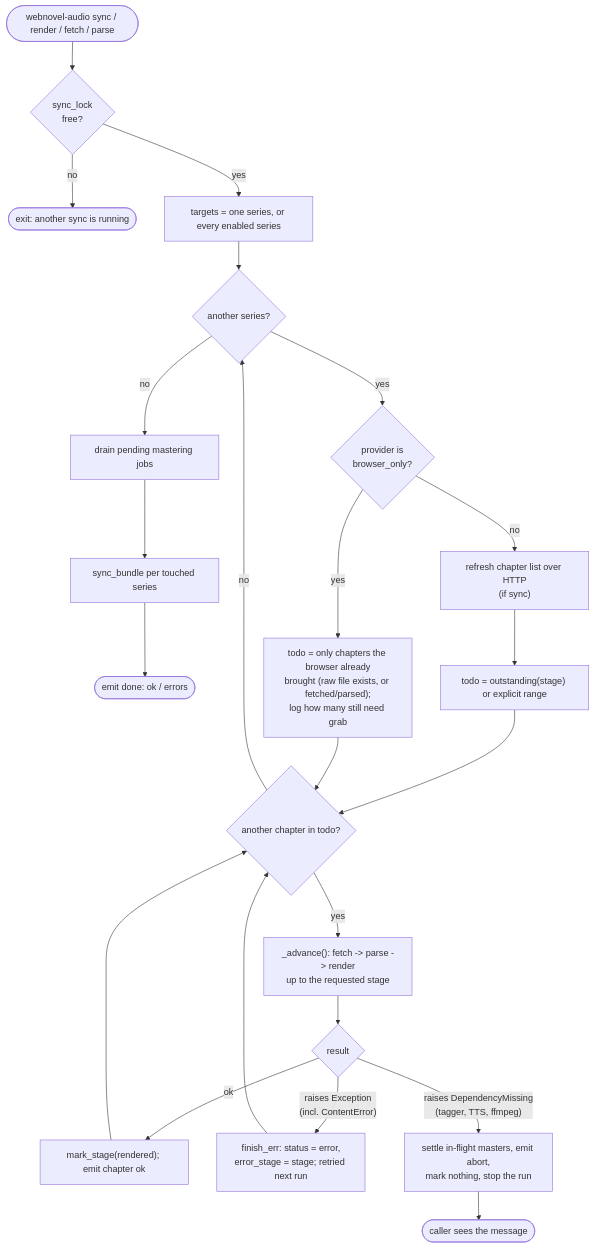
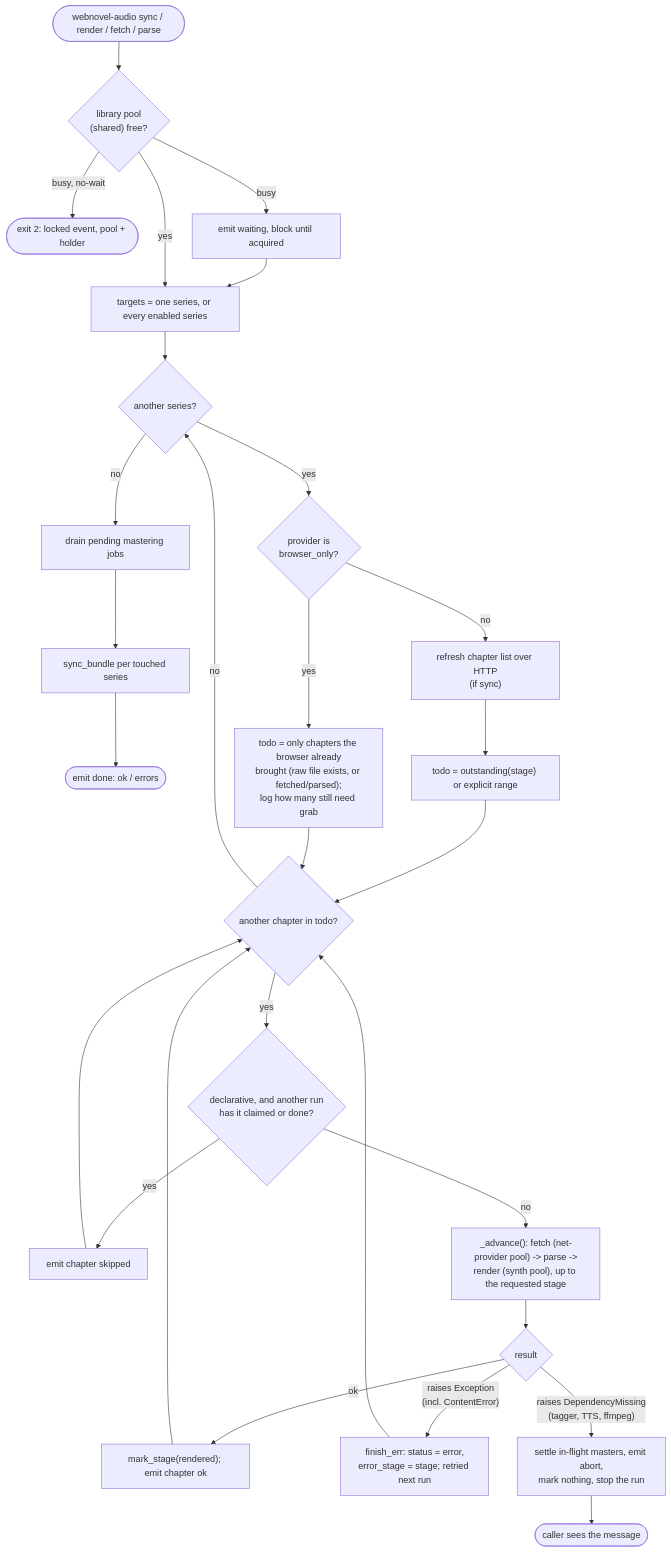
Before and after one commit to jrobrien/webnovel-audio: the second of 3 diagrams in README.md, drawn with Mermaid. The commit also changed other lines of this file and 14 other files, not shown here.

First line of the commit message:
Resource pools: jobs queue for synth/browser/net/library instead of refusing

````diff
--- a/README.md
+++ b/README.md
@@ -183,25 +183,30 @@
 ```mermaid
 flowchart TD
-    START(["webnovel-audio sync / render / fetch / parse"]) --> LOCK{"sync_lock<br/>free?"}
-    LOCK -- "no" --> BUSY(["exit: another sync is running"])
+    START(["webnovel-audio sync / render / fetch / parse"]) --> LOCK{"library pool<br/>(shared) free?"}
+    LOCK -- "busy, no-wait" --> BUSY(["exit 2: locked event, pool + holder"])
+    LOCK -- "busy" --> QUEUE["emit waiting, block until acquired"]
+    QUEUE --> TARGETS
     LOCK -- "yes" --> TARGETS["targets = one series, or every enabled series"]
     TARGETS --> NEXTS{"another series?"}
     NEXTS -- "no" --> DRAIN["drain pending mastering jobs"]
     DRAIN --> BUNDLE["sync_bundle per touched series"]
     BUNDLE --> DONE(["emit done: ok / errors"])
     NEXTS -- "yes" --> BO{"provider is<br/>browser_only?"}
     BO -- "no" --> REFRESH["refresh chapter list over HTTP<br/>(if sync)"]
     BO -- "yes" --> HELD["todo = only chapters the browser already<br/>brought (raw file exists, or fetched/parsed);<br/>log how many still need grab"]
     REFRESH --> TODO["todo = outstanding(stage) or explicit range"]
     TODO --> CHAP
     HELD --> CHAP{"another chapter in todo?"}
     CHAP -- "no" --> NEXTS
-    CHAP -- "yes" --> ADV["_advance(): fetch -> parse -> render<br/>up to the requested stage"]
+    CHAP -- "yes" --> CLAIM{"declarative, and another run<br/>has it claimed or done?"}
+    CLAIM -- "yes" --> SKIP["emit chapter skipped"]
+    SKIP --> CHAP
+    CLAIM -- "no" --> ADV["_advance(): fetch (net-provider pool) -> parse -><br/>render (synth pool), up to the requested stage"]
     ADV --> OK{"result"}
     OK -- "ok" --> MARK["mark_stage(rendered); emit chapter ok"]
     OK -- "raises Exception<br/>(incl. ContentError)" --> ERR["finish_err: status = error,<br/>error_stage = stage; retried next run"]
     OK -- "raises DependencyMissing<br/>(tagger, TTS, ffmpeg)" --> ESC["settle in-flight masters, emit abort,<br/>mark nothing, stop the run"]
     MARK --> CHAP
     ERR --> CHAP
     ESC --> DONE2(["caller sees the message"])
 ```
````
